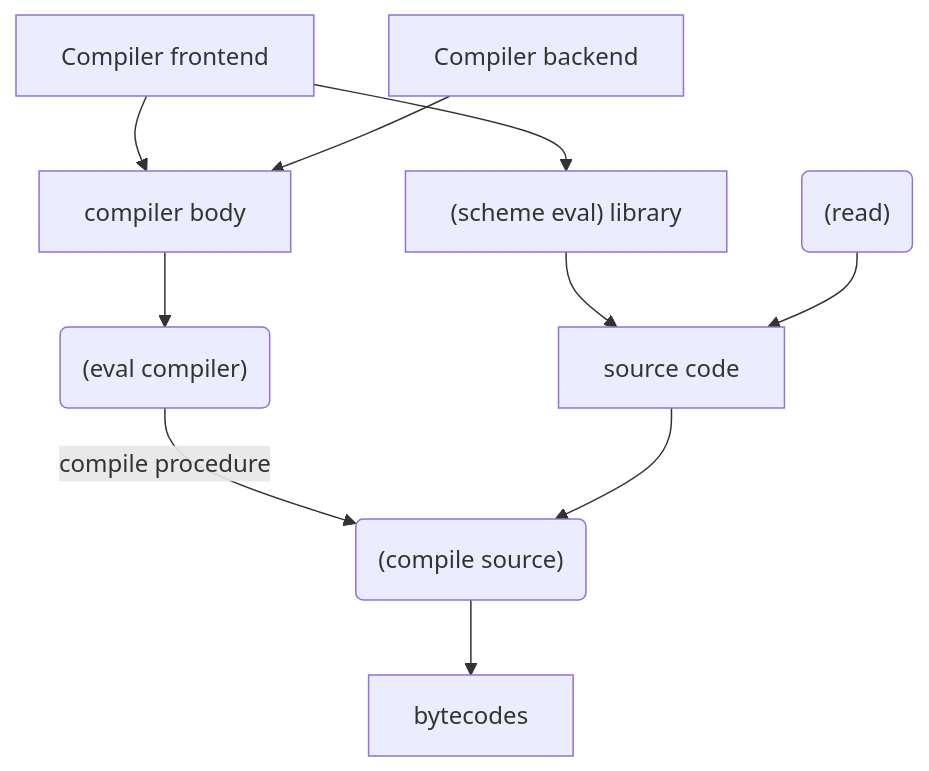
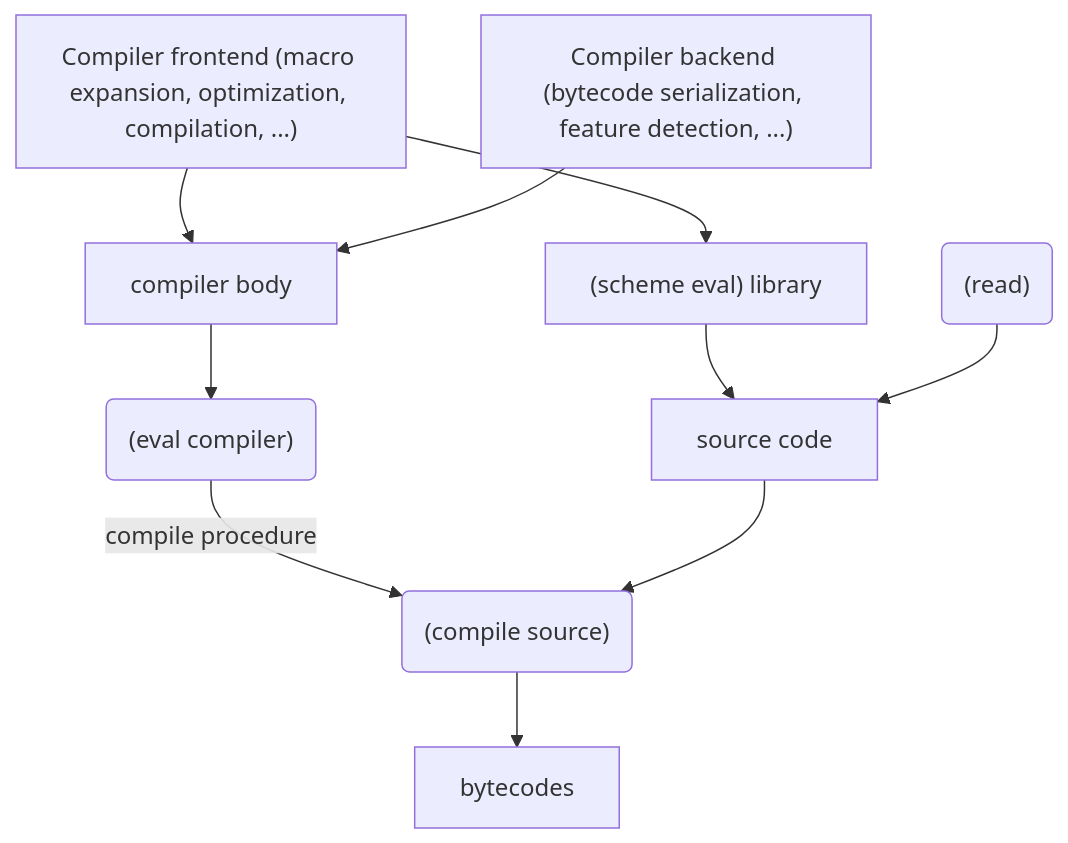
One commit to raviqqe/doc changed the first of 2 diagrams in posts/stak/inception.md. Above: the diagram before and after it, drawn with Mermaid.

````diff
--- a/posts/stak/inception.md
+++ b/posts/stak/inception.md
@@ -129,13 +129,13 @@
 ```mermaid
 graph TD
-  A[Compiler frontend] --> C
+  A["Compiler frontend (macro expansion, optimization, compilation, ...)"] --> C
   A --> D
-  B[Compiler backend] --> C
+  B["Compiler backend (bytecode serialization, feature detection, ...)"] --> C
   C[compiler body] --> E
   D["(scheme eval) library"] --> T
   E("(eval compiler)") -->|compile procedure| F
   F("(compile source)") --> G
   G[bytecodes]
   S("(read)") --> T
   T[source code] --> F
 ```
````
